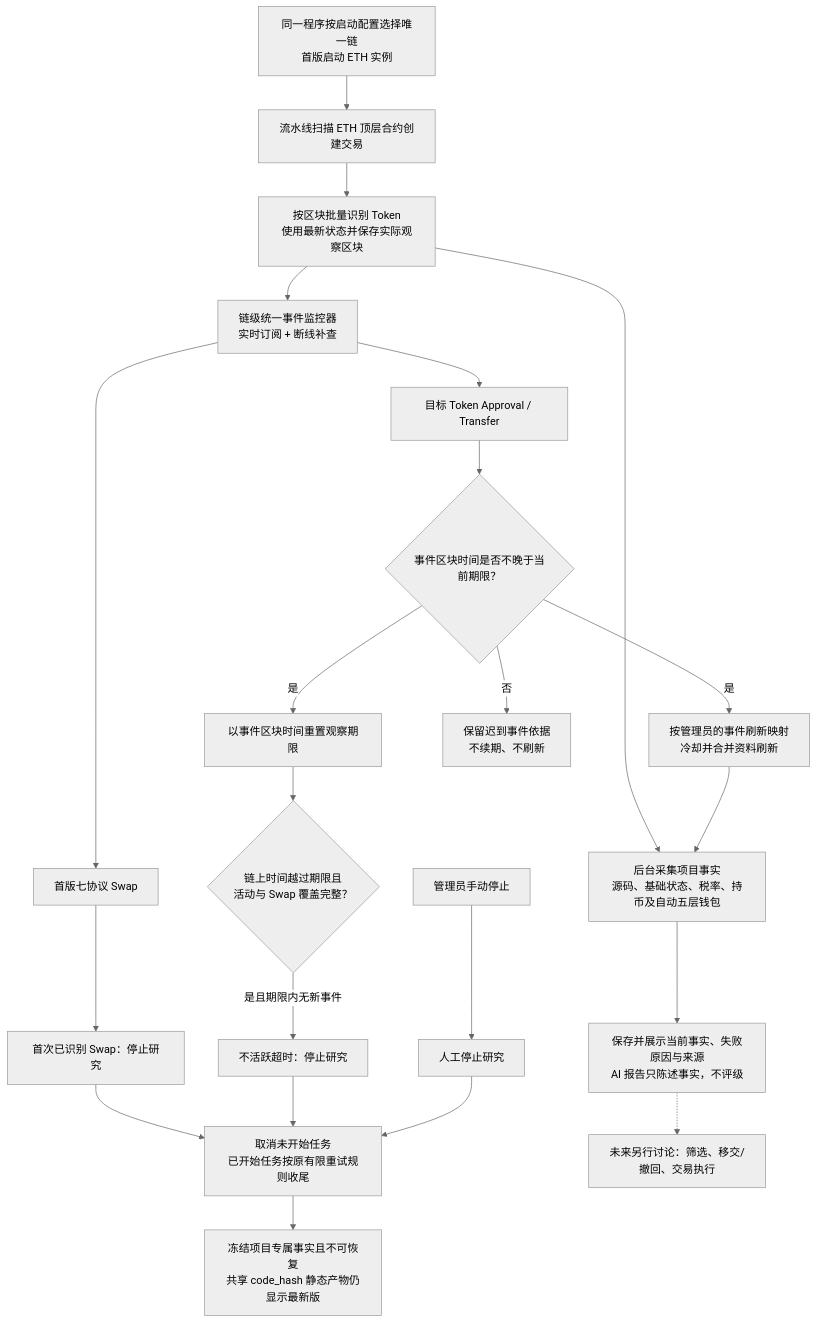
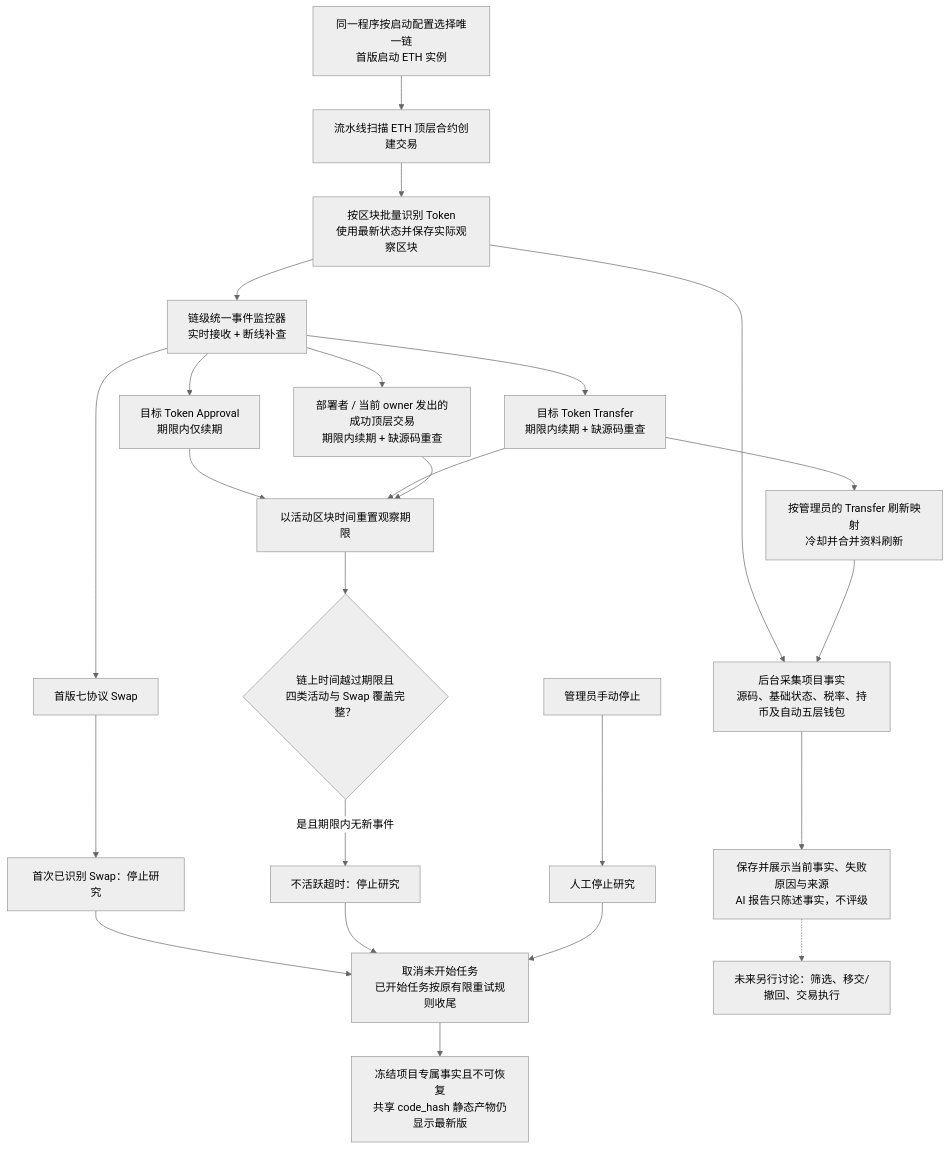
One commit to useryege/athena-o changed the diagram in docs/requirements/token/token-overall-flow.md. Above: the diagram before and after it, drawn with Mermaid (neutral theme). The commit also changed other lines of this file and 69 other files, not shown here.

````diff
--- a/docs/requirements/token/token-overall-flow.md
+++ b/docs/requirements/token/token-overall-flow.md
@@ -11,28 +11,30 @@
 ```mermaid
 flowchart TD
     runtime["同一程序按启动配置选择唯一链<br/>首版启动 ETH 实例"] --> deployed["流水线扫描 ETH 顶层合约创建交易"]
     deployed --> identify["按区块批量识别 Token<br/>使用最新状态并保存实际观察区块"]
     identify --> collect["后台采集项目事实<br/>源码、基础状态、税率、持币及自动五层钱包"]
     collect --> display["保存并展示当前事实、失败原因与来源<br/>AI 报告只陈述事实，不评级"]
 
-    identify --> monitor["链级统一事件监控器<br/>实时订阅 + 断线补查"]
-    monitor --> activity["目标 Token Approval / Transfer"]
-    activity --> activityEligible{"事件区块时间是否不晚于当前期限？"}
-    activityEligible -->|是| renew["以事件区块时间重置观察期限"]
-    activityEligible -->|是| refresh["按管理员的事件刷新映射<br/>冷却并合并资料刷新"]
-    activityEligible -->|否| late["保留迟到事件依据<br/>不续期、不刷新"]
+    identify --> monitor["链级统一事件监控器<br/>实时接收 + 断线补查"]
+    monitor --> approval["目标 Token Approval<br/>期限内仅续期"]
+    monitor --> transfer["目标 Token Transfer<br/>期限内续期 + 缺源码重查"]
+    monitor --> walletTx["部署者 / 当前 owner 发出的成功顶层交易<br/>期限内续期 + 缺源码重查"]
+    approval --> renew["以活动区块时间重置观察期限"]
+    transfer --> renew
+    walletTx --> renew
+    transfer --> refresh["按管理员的 Transfer 刷新映射<br/>冷却并合并资料刷新"]
     refresh --> collect
 
     monitor --> swap["首版七协议 Swap"]
     swap --> stopSwap["首次已识别 Swap：停止研究"]
-    renew --> timeout{"链上时间越过期限且<br/>活动与 Swap 覆盖完整？"}
+    renew --> timeout{"链上时间越过期限且<br/>四类活动与 Swap 覆盖完整？"}
     timeout -->|是且期限内无新事件| stopTimeout["不活跃超时：停止研究"]
     admin["管理员手动停止"] --> stopManual["人工停止研究"]
 
     stopSwap --> settle["取消未开始任务<br/>已开始任务按原有限重试规则收尾"]
     stopTimeout --> settle
     stopManual --> settle
     settle --> freeze["冻结项目专属事实且不可恢复<br/>共享 code_hash 静态产物仍显示最新版"]
 
     display -.-> future["未来另行讨论：筛选、移交/撤回、交易执行"]
 ```
````
